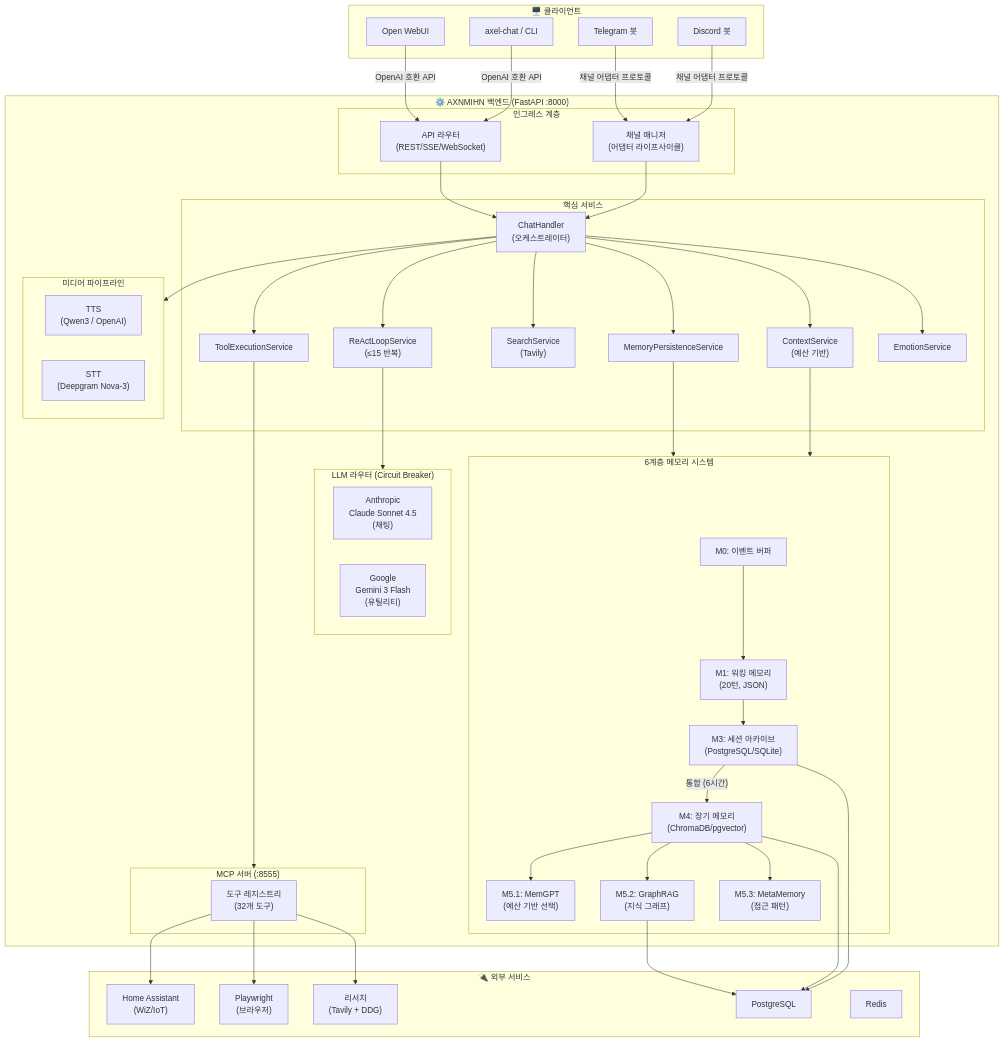
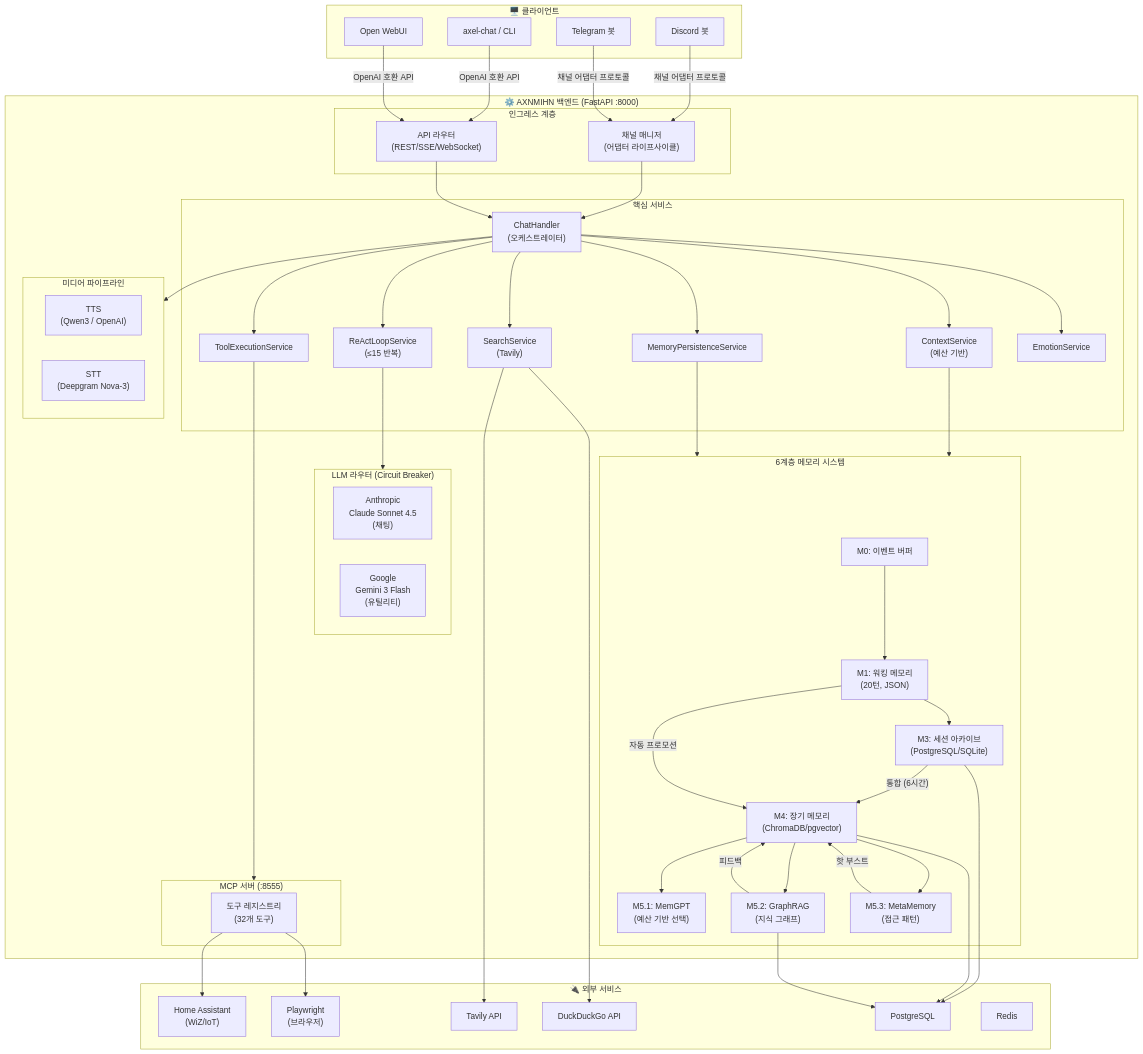
Before and after one commit to NorthProt-Inc/axel-backend: the fourth of 6 diagrams in README.md, drawn with Mermaid. The commit also changed other lines of this file, not shown here.

````diff
--- a/README.md
+++ b/README.md
@@ -746,7 +790,8 @@
     subgraph External["🔌 외부 서비스"]
         HASS["Home Assistant<br/>(WiZ/IoT)"]
         Playwright["Playwright<br/>(브라우저)"]
-        Research["리서치<br/>(Tavily + DDG)"]
+        TavilyAPI["Tavily API"]
+        DDGAPI["DuckDuckGo API"]
         PG["PostgreSQL"]
         Redis["Redis"]
     end
@@ -771,9 +816,13 @@
 
     MCPTools --> HASS
     MCPTools --> Playwright
-    MCPTools --> Research
+    Search --> TavilyAPI
+    Search --> DDGAPI
 
     M3 & M4 & M52 --> PG
     M0 --> M1 --> M3 -->|"통합 (6시간)"| M4
+    M1 -->|"자동 프로모션"| M4
     M4 --> M51 & M52 & M53
+    M52 -->|"피드백"| M4
+    M53 -->|"핫 부스트"| M4
 ```
````
